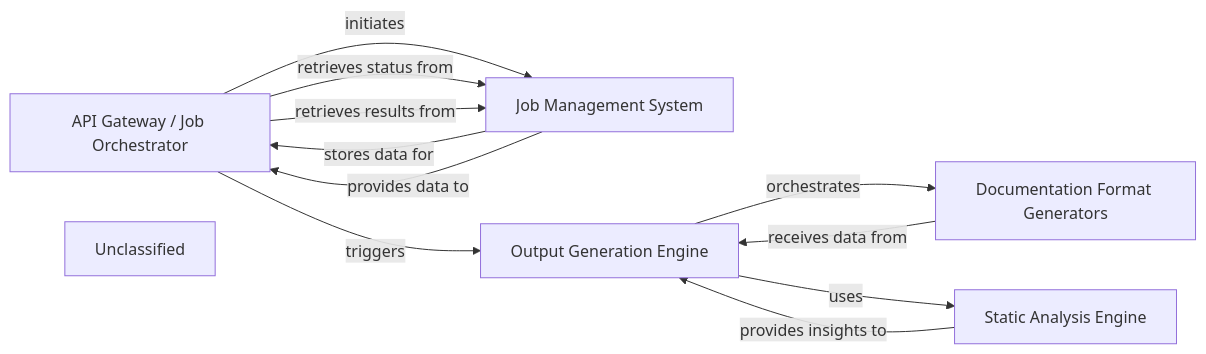
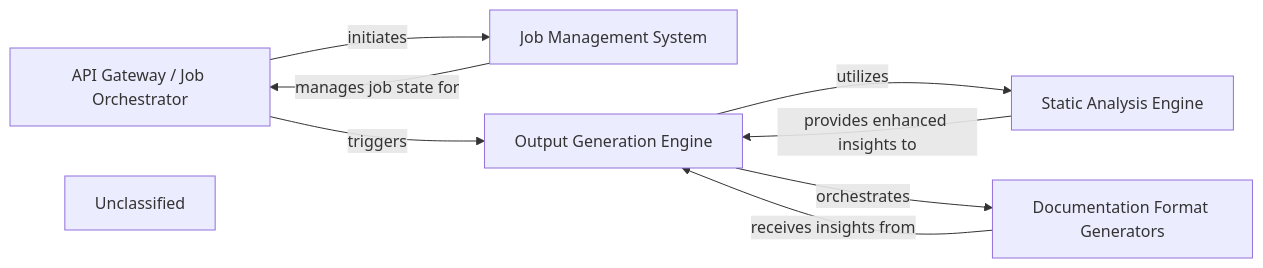
The diagram in .codeboarding/Output_Generation_Engine.md (mariyam866/CodeBoarding), drawn with Mermaid before and after one commit. The commit also changed other lines of this file and 15 other files, not shown here.

First line of the commit message:
docs: update codeboarding documentation and generate architecture

````diff
--- a/.codeboarding/Output_Generation_Engine.md
+++ b/.codeboarding/Output_Generation_Engine.md
@@ -1,21 +1,19 @@
 ```mermaid
 graph LR
     API_Gateway_Job_Orchestrator["API Gateway / Job Orchestrator"]
     Job_Management_System["Job Management System"]
     Static_Analysis_Engine["Static Analysis Engine"]
     Output_Generation_Engine["Output Generation Engine"]
     Documentation_Format_Generators["Documentation Format Generators"]
     Unclassified["Unclassified"]
+    Unclassified["Unclassified"]
     API_Gateway_Job_Orchestrator -- "initiates" --> Job_Management_System
     API_Gateway_Job_Orchestrator -- "triggers" --> Output_Generation_Engine
-    API_Gateway_Job_Orchestrator -- "retrieves status from" --> Job_Management_System
-    API_Gateway_Job_Orchestrator -- "retrieves results from" --> Job_Management_System
-    Job_Management_System -- "stores data for" --> API_Gateway_Job_Orchestrator
-    Job_Management_System -- "provides data to" --> API_Gateway_Job_Orchestrator
-    Static_Analysis_Engine -- "provides insights to" --> Output_Generation_Engine
+    Job_Management_System -- "manages job state for" --> API_Gateway_Job_Orchestrator
+    Static_Analysis_Engine -- "provides enhanced insights to" --> Output_Generation_Engine
+    Output_Generation_Engine -- "utilizes" --> Static_Analysis_Engine
     Output_Generation_Engine -- "orchestrates" --> Documentation_Format_Generators
-    Output_Generation_Engine -- "uses" --> Static_Analysis_Engine
-    Documentation_Format_Generators -- "receives data from" --> Output_Generation_Engine
+    Documentation_Format_Generators -- "receives insights from" --> Output_Generation_Engine
     click Static_Analysis_Engine href "https://github.com/CodeBoarding/CodeBoarding/blob/main/.codeboarding/Static_Analysis_Engine.md" "Details"
     click Output_Generation_Engine href "https://github.com/CodeBoarding/CodeBoarding/blob/main/.codeboarding/Output_Generation_Engine.md" "Details"
 ```
````
